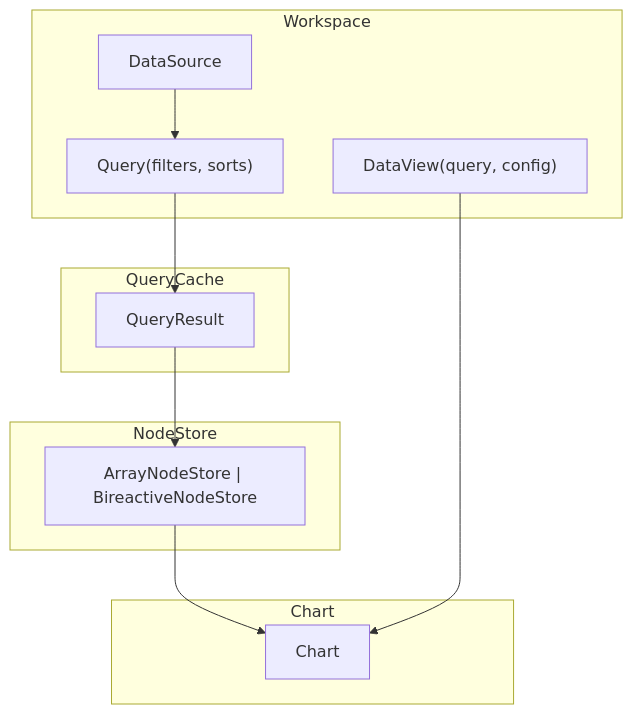
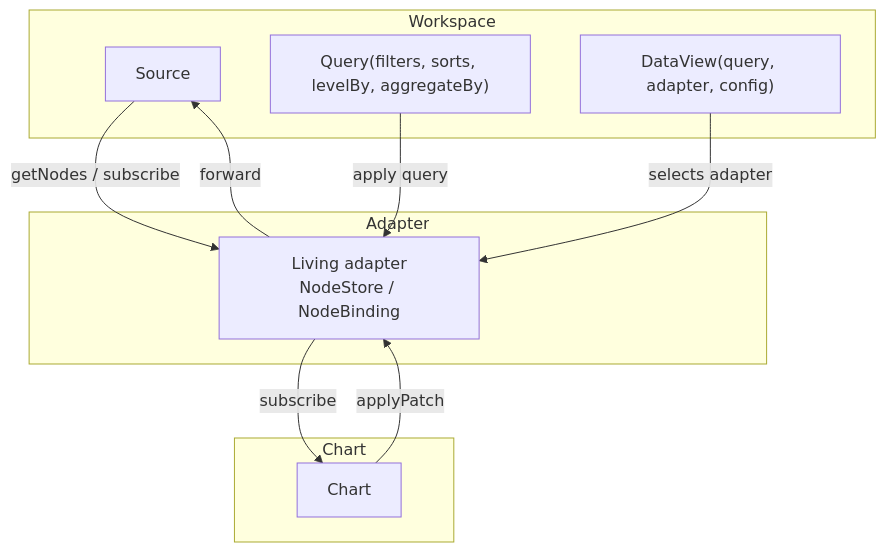
Before and after one commit to WinstonFassett/hotbook: the sixth of 6 diagrams in docs/reorg-whiteboard.md, drawn with Mermaid. The commit also changed other lines of this file, not shown here.

First line of the commit message:
docs: reframe data views as source + adapter + view with living adapters

````diff
--- a/docs/reorg-whiteboard.md
+++ b/docs/reorg-whiteboard.md
@@ -393,26 +403,23 @@
 ```mermaid
 flowchart TB
     subgraph Workspace
-      ds["DataSource"]
-      q["Query(filters, sorts)"]
-      dv["DataView(query, config)"]
+      s["Source"]
+      q["Query(filters, sorts, levelBy, aggregateBy)"]
+      dv["DataView(query, adapter, config)"]
     end
 
-    subgraph QueryCache
-      qr["QueryResult<NodeLike[]>"]
-    end
-
-    subgraph NodeStore
-      ns["ArrayNodeStore | BireactiveNodeStore"]
+    subgraph Adapter
+      a["Living adapter\nNodeStore / NodeBinding"]
     end
 
     subgraph Chart
       c["Chart"]
     end
 
-    ds --> q
-    q --> qr
-    qr --> ns
-    ns --> c
-    dv --> c
+    s -->|getNodes / subscribe| a
+    q -->|apply query| a
+    dv -->|selects adapter| a
+    a -->|subscribe| c
+    c -->|applyPatch| a
+    a -->|forward| s
 ```
````
